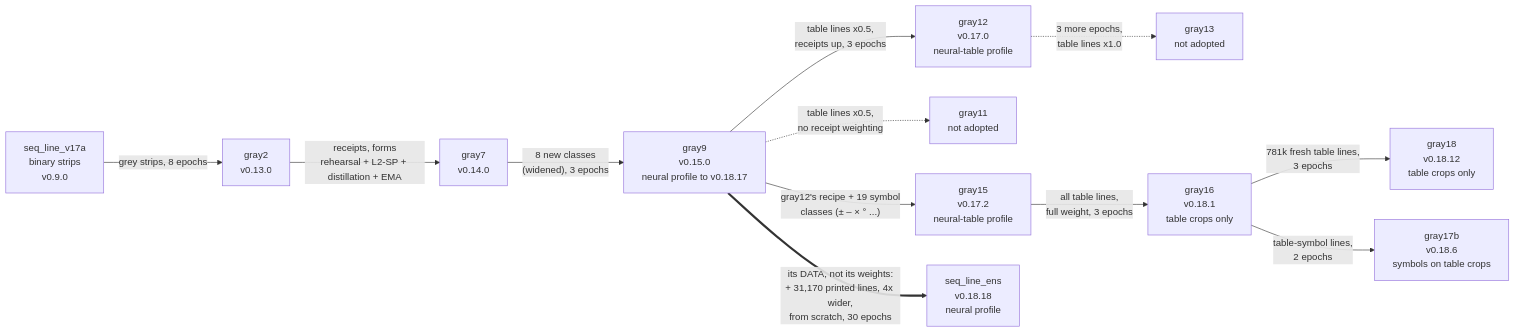
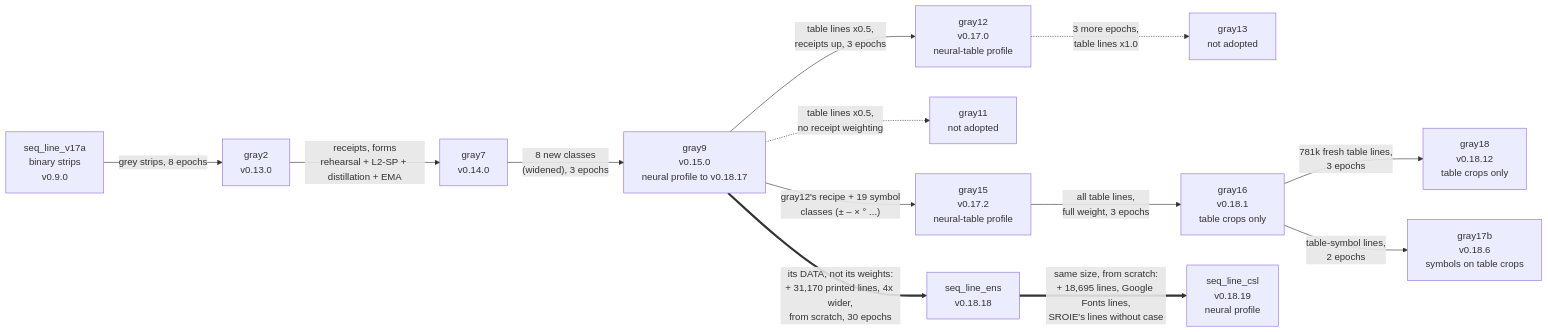
One commit to msharpe248/mlws-ocr changed the diagram in docs/NEURAL_NETWORK_THEORY.md. Above: the diagram before and after it, drawn with Mermaid. The commit also changed other lines of this file and 15 other files, not shown here.

````diff
--- a/docs/NEURAL_NETWORK_THEORY.md
+++ b/docs/NEURAL_NETWORK_THEORY.md
@@ -696,14 +696,15 @@
 ```mermaid
 flowchart LR
     v17a["seq_line_v17a<br/>binary strips<br/>v0.9.0"] -->|grey strips, 8 epochs| g2["gray2<br/>v0.13.0"]
     g2 -->|"receipts, forms<br/>rehearsal + L2-SP + distillation + EMA"| g7["gray7<br/>v0.14.0"]
     g7 -->|"8 new classes<br/>(widened), 3 epochs"| g9["gray9<br/>v0.15.0<br/>neural profile to v0.18.17"]
     g9 -->|"table lines x0.5,<br/>receipts up, 3 epochs"| g12["gray12<br/>v0.17.0<br/>neural-table profile"]
     g9 -.->|"table lines x0.5,<br/>no receipt weighting"| g11["gray11<br/>not adopted"]
     g12 -.->|"3 more epochs,<br/>table lines x1.0"| g13["gray13<br/>not adopted"]
     g9 -->|"gray12's recipe + 19 symbol<br/>classes (± – × ° ...)"| g15["gray15<br/>v0.17.2<br/>neural-table profile"]
     g15 -->|"all table lines,<br/>full weight, 3 epochs"| g16["gray16<br/>v0.18.1<br/>table crops only"]
     g16 -->|"781k fresh table lines,<br/>3 epochs"| g18["gray18<br/>v0.18.12<br/>table crops only"]
     g16 -->|"table-symbol lines,<br/>2 epochs"| g17b["gray17b<br/>v0.18.6<br/>symbols on table crops"]
-    g9 ==>|"its DATA, not its weights:<br/>+ 31,170 printed lines, 4x wider,<br/>from scratch, 30 epochs"| ens["seq_line_ens<br/>v0.18.18<br/>neural profile"]
+    g9 ==>|"its DATA, not its weights:<br/>+ 31,170 printed lines, 4x wider,<br/>from scratch, 30 epochs"| ens["seq_line_ens<br/>v0.18.18"]
+    ens ==>|"same size, from scratch:<br/>+ 18,695 lines, Google Fonts lines,<br/>SROIE's lines without case"| csl["seq_line_csl<br/>v0.18.19<br/>neural profile"]
 ```
````
